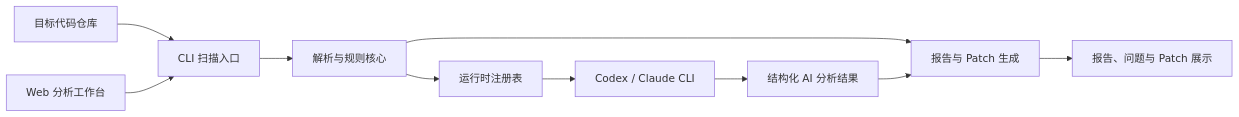
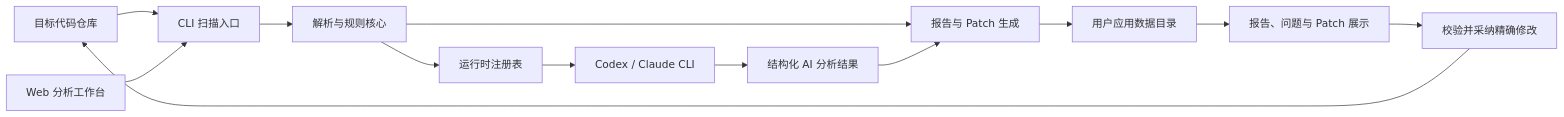
One commit to YangMingSJTU/log-pilot changed the diagram in docs/TECHNICAL_DESIGN.md. Above: the diagram before and after it, drawn with Mermaid. The commit also changed other lines of this file and 15 other files, not shown here.

````diff
--- a/docs/TECHNICAL_DESIGN.md
+++ b/docs/TECHNICAL_DESIGN.md
@@ -7,12 +7,15 @@
 ```mermaid
 flowchart LR
   A["目标代码仓库"] --> B["CLI 扫描入口"]
   G["Web 分析工作台"] --> B
   B --> C["解析与规则核心"]
   C --> D["运行时注册表"]
   D --> H["Codex / Claude CLI"]
   H --> I["结构化 AI 分析结果"]
   C --> E["报告与 Patch 生成"]
   I --> E
-  E --> F["报告、问题与 Patch 展示"]
+  E --> J["用户应用数据目录"]
+  J --> F["报告、问题与 Patch 展示"]
+  F --> K["校验并采纳精确修改"]
+  K --> A
 ```
````
